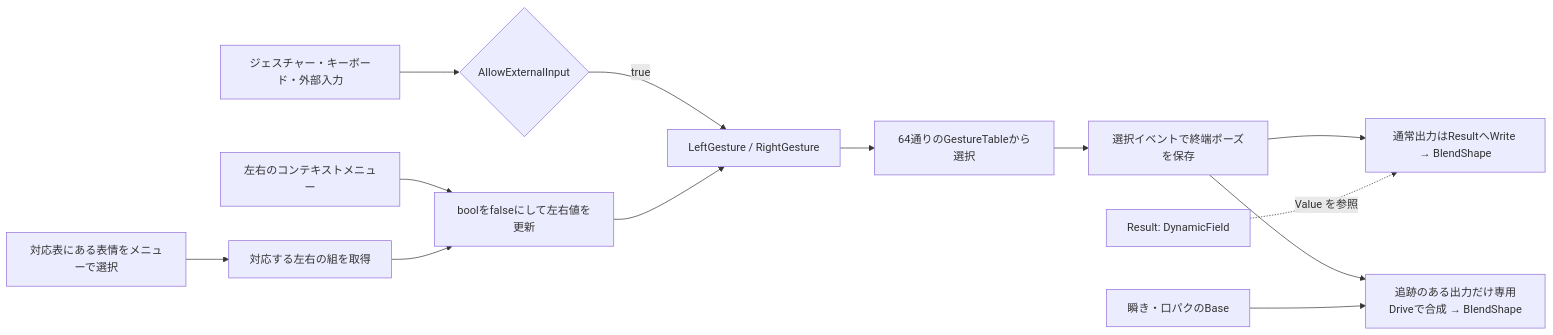
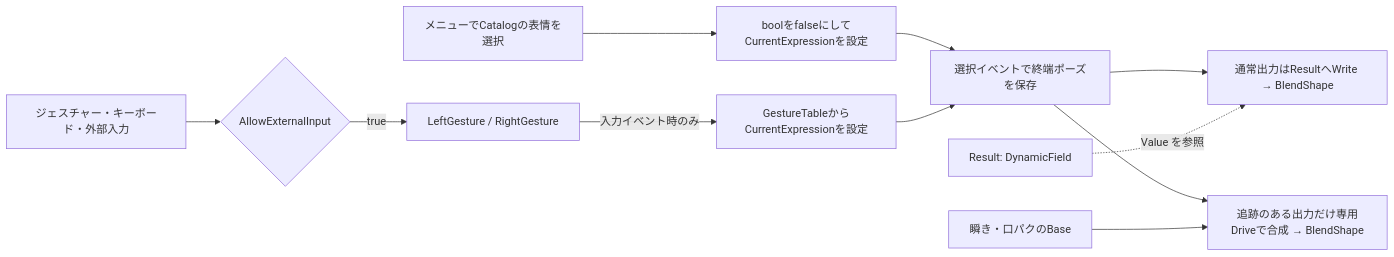
The diagram in docs/expression-system.md (orange3134/VRMtoResonitePackage), drawn with Mermaid before and after one commit. The commit also changed other lines of this file and 12 other files, not shown here.

````diff
--- a/docs/expression-system.md
+++ b/docs/expression-system.md
@@ -18,15 +18,13 @@
 ```mermaid
 flowchart LR
     H[ジェスチャー・キーボード・外部入力] --> G{AllowExternalInput}
     G -->|true| S[LeftGesture / RightGesture]
-    M[左右のコンテキストメニュー] --> L[boolをfalseにして左右値を更新]
-    D[対応表にある表情をメニューで選択] --> T[対応する左右の組を取得]
-    T --> L
-    L --> S
-    S --> P[64通りのGestureTableから選択]
+    D[メニューでCatalogの表情を選択] --> T[boolをfalseにしてCurrentExpressionを設定]
+    T --> R
+    S -->|入力イベント時のみ| P[GestureTableからCurrentExpressionを設定]
     P --> R[選択イベントで終端ポーズを保存]
     R --> V[通常出力はResultへWrite → BlendShape]
     R --> Q[追跡のある出力だけ専用Driveで合成 → BlendShape]
     B[瞬き・口パクのBase] --> Q
     Result[Result: DynamicField] -. Value を参照 .-> V
 ```
````
